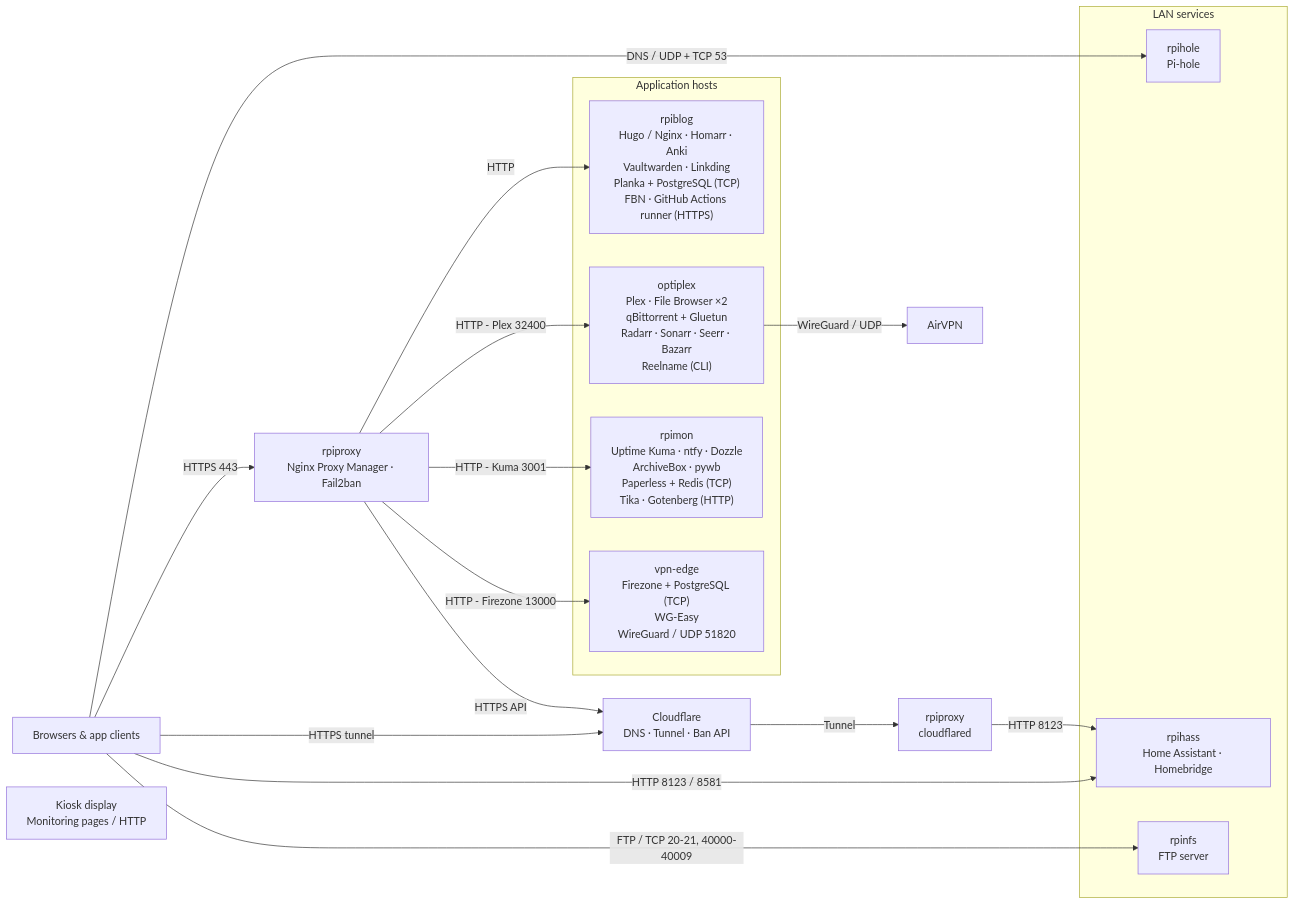
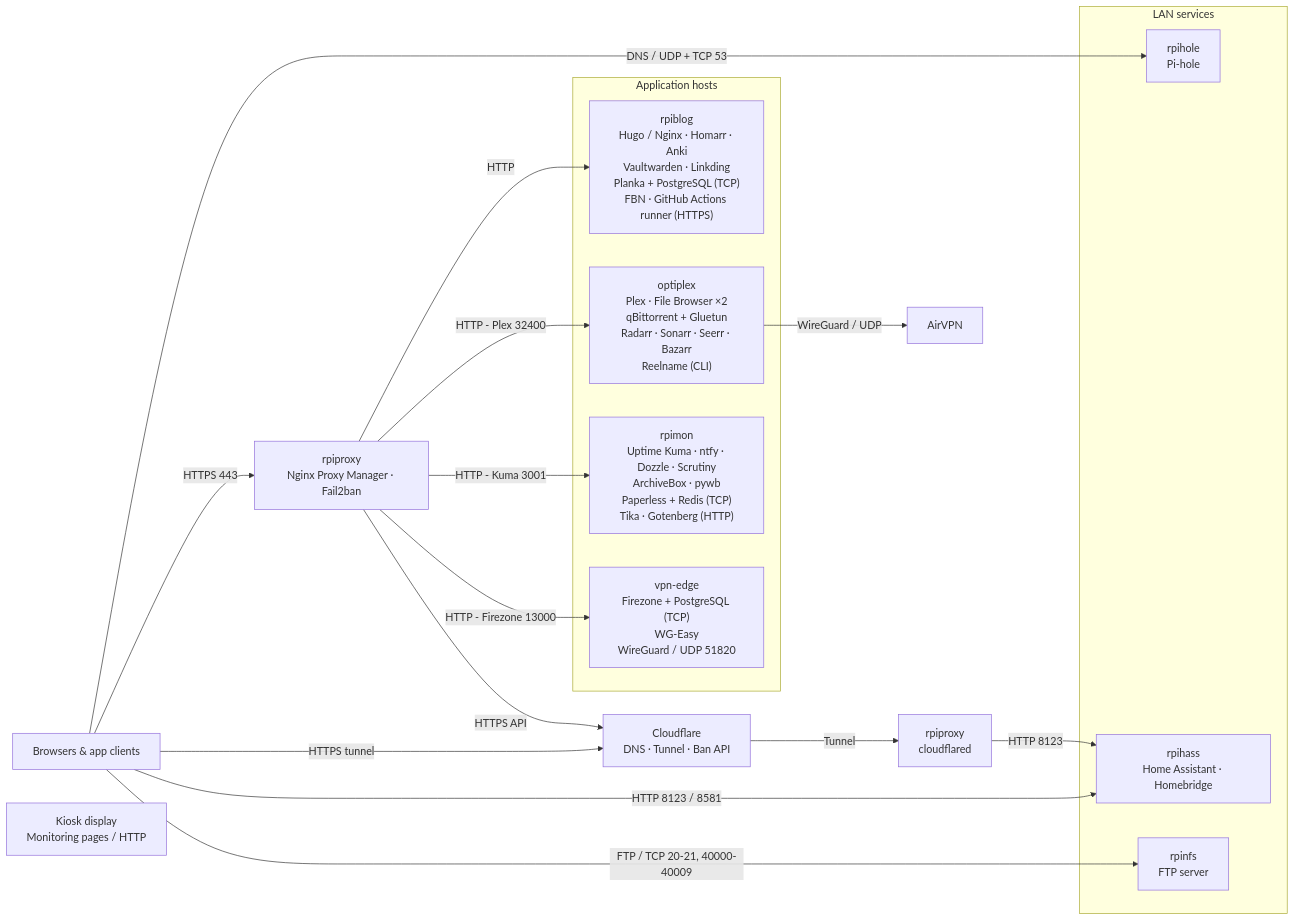
Before and after one commit to viseshrp/homelab: the diagram in README.md, drawn with Mermaid. The commit also changed other lines of this file and 20 other files, not shown here.

Commit message:
Add Scrutiny disk monitoring and Kuma collector heartbeats

````diff
--- a/README.md
+++ b/README.md
@@ -9,37 +9,37 @@
 ```mermaid
 flowchart LR
     clients["Browsers & app clients"]
     proxy["rpiproxy<br/>Nginx Proxy Manager · Fail2ban"]
 
     subgraph hosts["Application hosts"]
         web["rpiblog<br/>Hugo / Nginx · Homarr · Anki<br/>Vaultwarden · Linkding<br/>Planka + PostgreSQL (TCP)<br/>FBN · GitHub Actions runner (HTTPS)"]
         media["optiplex<br/>Plex · File Browser ×2<br/>qBittorrent + Gluetun<br/>Radarr · Sonarr · Seerr · Bazarr<br/>Reelname (CLI)"]
-        monitor["rpimon<br/>Uptime Kuma · ntfy · Dozzle<br/>ArchiveBox · pywb<br/>Paperless + Redis (TCP)<br/>Tika · Gotenberg (HTTP)"]
+        monitor["rpimon<br/>Uptime Kuma · ntfy · Dozzle · Scrutiny<br/>ArchiveBox · pywb<br/>Paperless + Redis (TCP)<br/>Tika · Gotenberg (HTTP)"]
         vpn["vpn-edge<br/>Firezone + PostgreSQL (TCP)<br/>WG-Easy<br/>WireGuard / UDP 51820"]
     end
 
     subgraph lan["LAN services"]
         dns["rpihole<br/>Pi-hole"]
         home["rpihass<br/>Home Assistant · Homebridge"]
         ftp["rpinfs<br/>FTP server"]
     end
 
     cloudflare["Cloudflare<br/>DNS · Tunnel · Ban API"]
     tunnel["rpiproxy<br/>cloudflared"]
     airvpn["AirVPN"]
     tools["Kiosk display<br/>Monitoring pages / HTTP"]
 
     clients -->|"HTTPS 443"| proxy
     proxy -->|"HTTP"| web
     proxy -->|"HTTP - Plex 32400"| media
     proxy -->|"HTTP - Kuma 3001"| monitor
     proxy -->|"HTTP - Firezone 13000"| vpn
     proxy -->|"HTTPS API"| cloudflare
     clients -->|"HTTPS tunnel"| cloudflare
     cloudflare -->|"Tunnel"| tunnel
     tunnel -->|"HTTP 8123"| home
     media -->|"WireGuard / UDP"| airvpn
     clients -->|"DNS / UDP + TCP 53"| dns
     clients -->|"HTTP 8123 / 8581"| home
     clients -->|"FTP / TCP 20-21, 40000-40009"| ftp
 ```
````
